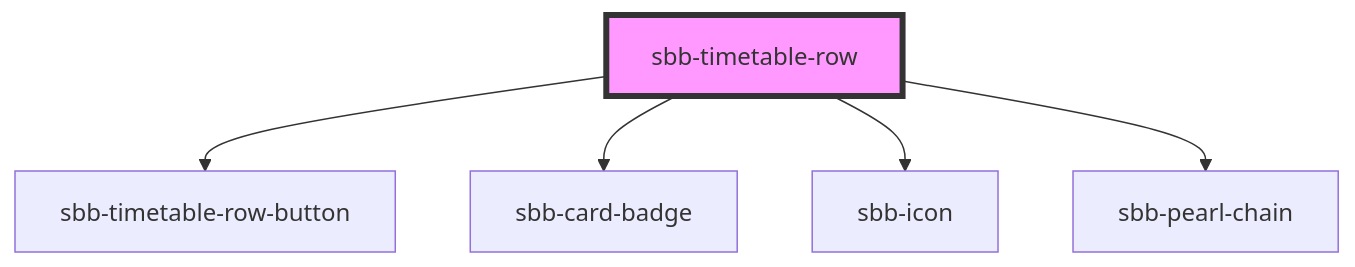
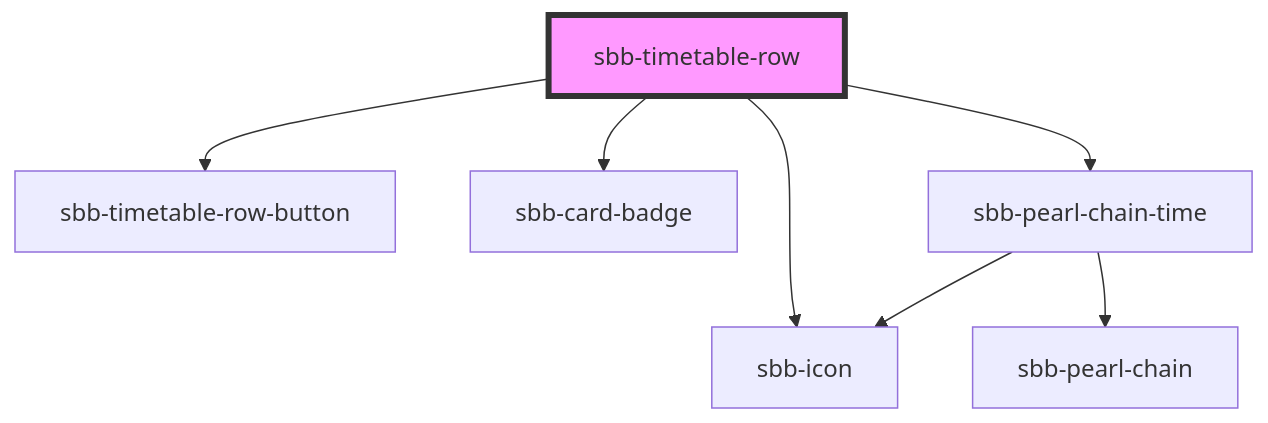
One commit to sbb-design-systems/lyne-components changed the diagram in src/components/sbb-timetable-row/readme.md. Above: the diagram before and after it, drawn with Mermaid. The commit also changed other lines of this file and 15 other files, not shown here.

````diff
--- a/src/components/sbb-timetable-row/readme.md
+++ b/src/components/sbb-timetable-row/readme.md
@@ -26,8 +26,10 @@
 ```mermaid
 graph TD;
   sbb-timetable-row --> sbb-timetable-row-button
   sbb-timetable-row --> sbb-card-badge
   sbb-timetable-row --> sbb-icon
-  sbb-timetable-row --> sbb-pearl-chain
+  sbb-timetable-row --> sbb-pearl-chain-time
+  sbb-pearl-chain-time --> sbb-icon
+  sbb-pearl-chain-time --> sbb-pearl-chain
   style sbb-timetable-row fill:#f9f,stroke:#333,stroke-width:4px
 ```
````
